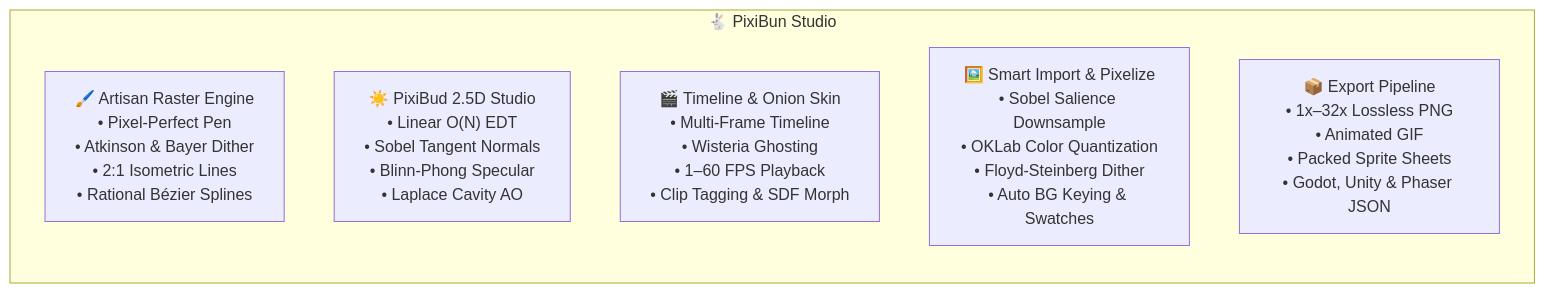
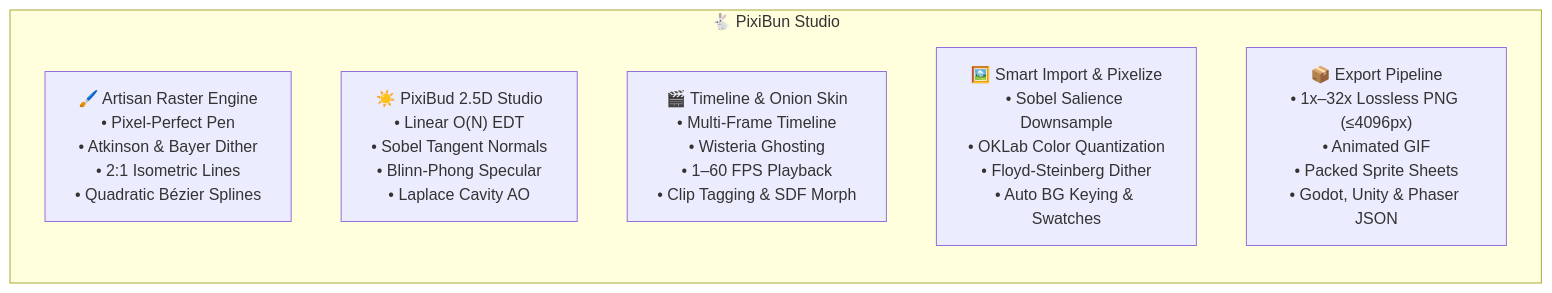
The diagram in README.md (lxcario/PixiBun), drawn with Mermaid before and after one commit. The commit also changed other lines of this file and 27 other files, not shown here.

````diff
--- a/README.md
+++ b/README.md
@@ -31,10 +31,10 @@
 ```mermaid
 graph LR
     subgraph Atelier ["🐇 PixiBun Studio"]
-        Raster["🖌️ Artisan Raster Engine<br/>• Pixel-Perfect Pen<br/>• Atkinson & Bayer Dither<br/>• 2:1 Isometric Lines<br/>• Rational Bézier Splines"]
+        Raster["🖌️ Artisan Raster Engine<br/>• Pixel-Perfect Pen<br/>• Atkinson & Bayer Dither<br/>• 2:1 Isometric Lines<br/>• Quadratic Bézier Splines"]
         Math["☀️ PixiBud 2.5D Studio<br/>• Linear O(N) EDT<br/>• Sobel Tangent Normals<br/>• Blinn-Phong Specular<br/>• Laplace Cavity AO"]
         Anim["🎬 Timeline & Onion Skin<br/>• Multi-Frame Timeline<br/>• Wisteria Ghosting<br/>• 1–60 FPS Playback<br/>• Clip Tagging & SDF Morph"]
         Import["🖼️ Smart Import & Pixelize<br/>• Sobel Salience Downsample<br/>• OKLab Color Quantization<br/>• Floyd-Steinberg Dither<br/>• Auto BG Keying & Swatches"]
-        Export["📦 Export Pipeline<br/>• 1x–32x Lossless PNG<br/>• Animated GIF<br/>• Packed Sprite Sheets<br/>• Godot, Unity & Phaser JSON"]
+        Export["📦 Export Pipeline<br/>• 1x–32x Lossless PNG (≤4096px)<br/>• Animated GIF<br/>• Packed Sprite Sheets<br/>• Godot, Unity & Phaser JSON"]
     end
 ```
````
